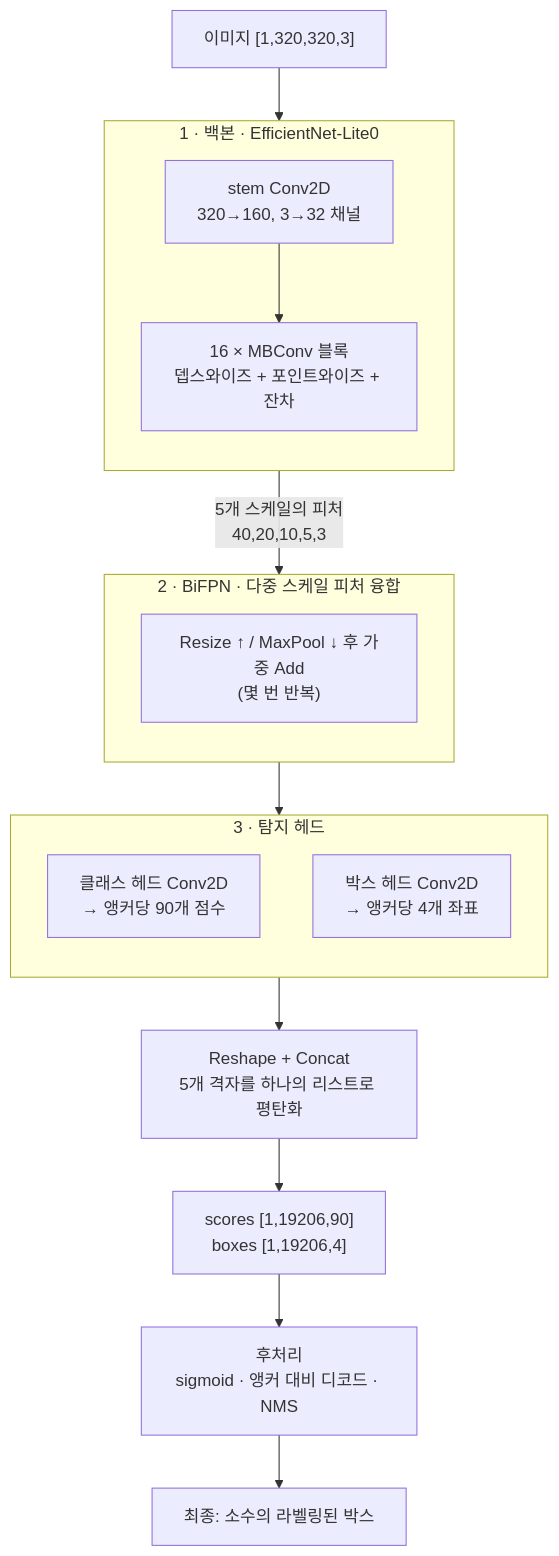
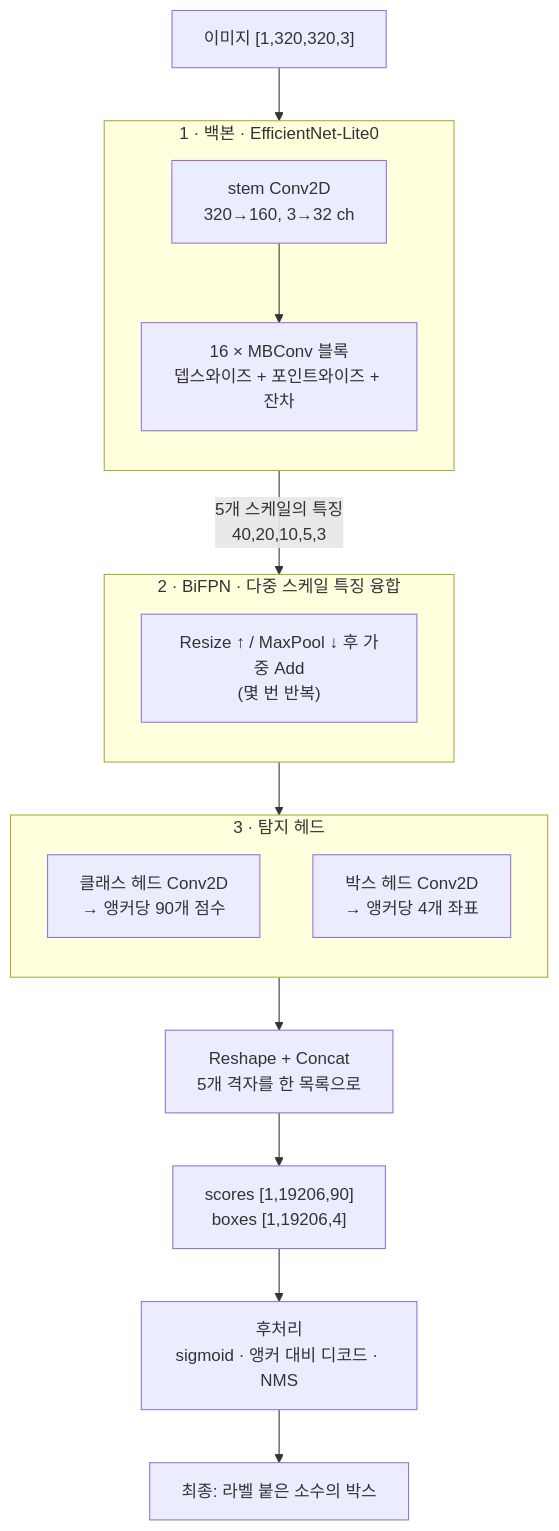
The first of 2 diagrams in docs/textbook/ko/03-efficientdet-vision-model.md (ivere27/volvoxai), drawn with Mermaid before and after one commit. The commit also changed other lines of this file and 776 other files, not shown here.

````diff
--- a/docs/textbook/ko/03-efficientdet-vision-model.md
+++ b/docs/textbook/ko/03-efficientdet-vision-model.md
@@ -46,23 +69,23 @@
 ```mermaid
 flowchart TD
     IMG["이미지 [1,320,320,3]"] --> BB
-    subgraph BB["1 · 백본 · EfficientNet-Lite0"]
+    subgraph BB[1 · 백본 · EfficientNet-Lite0]
       direction TB
-      STEM["stem Conv2D<br/>320→160, 3→32 채널"] --> MB["16 × MBConv 블록<br/>뎁스와이즈 + 포인트와이즈 + 잔차"]
+      STEM[stem Conv2D<br/>320→160, 3→32 ch] --> MB[16 × MBConv 블록<br/>뎁스와이즈 + 포인트와이즈 + 잔차]
     end
-    BB -->|5개 스케일의 피처<br/>40,20,10,5,3| FPN
-    subgraph FPN["2 · BiFPN · 다중 스케일 피처 융합"]
+    BB -->|5개 스케일의 특징<br/>40,20,10,5,3| FPN
+    subgraph FPN[2 · BiFPN · 다중 스케일 특징 융합]
       direction TB
       FUSE["Resize ↑ / MaxPool ↓ 후 가중 Add<br/>(몇 번 반복)"]
     end
     FPN --> HEADS
-    subgraph HEADS["3 · 탐지 헤드"]
+    subgraph HEADS[3 · 탐지 헤드]
       direction TB
-      CLS["클래스 헤드 Conv2D<br/>→ 앵커당 90개 점수"]
-      BOX["박스 헤드 Conv2D<br/>→ 앵커당 4개 좌표"]
+      CLS[클래스 헤드 Conv2D<br/>→ 앵커당 90개 점수]
+      BOX[박스 헤드 Conv2D<br/>→ 앵커당 4개 좌표]
     end
-    HEADS --> DEC["Reshape + Concat<br/>5개 격자를 하나의 리스트로 평탄화"]
+    HEADS --> DEC[Reshape + Concat<br/>5개 격자를 한 목록으로]
     DEC --> OUT["scores [1,19206,90]<br/>boxes [1,19206,4]"]
-    OUT --> POST["후처리<br/>sigmoid · 앵커 대비 디코드 · NMS"]
-    POST --> RES["최종: 소수의 라벨링된 박스"]
+    OUT --> POST[후처리<br/>sigmoid · 앵커 대비 디코드 · NMS]
+    POST --> RES["최종: 라벨 붙은 소수의 박스"]
 ```
````
